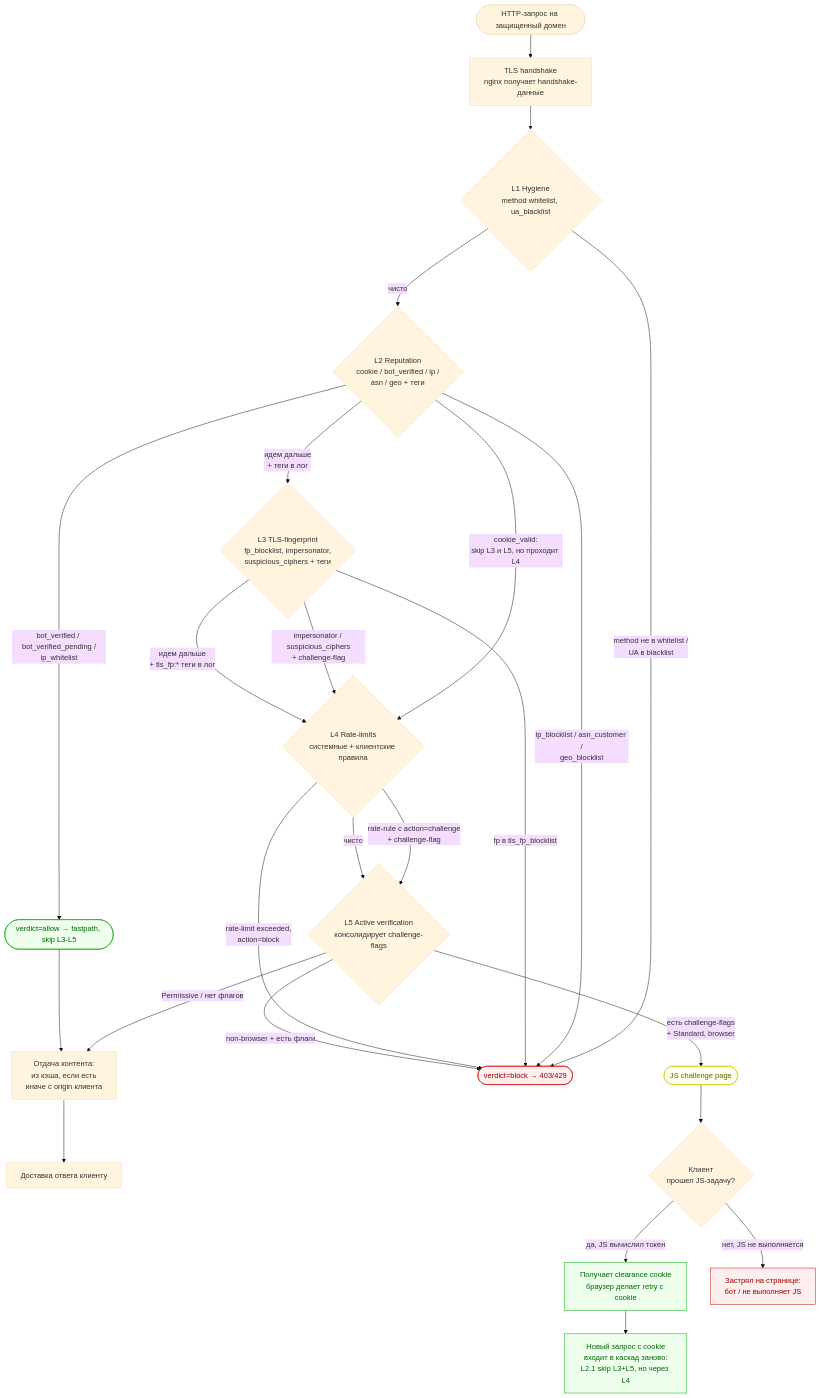
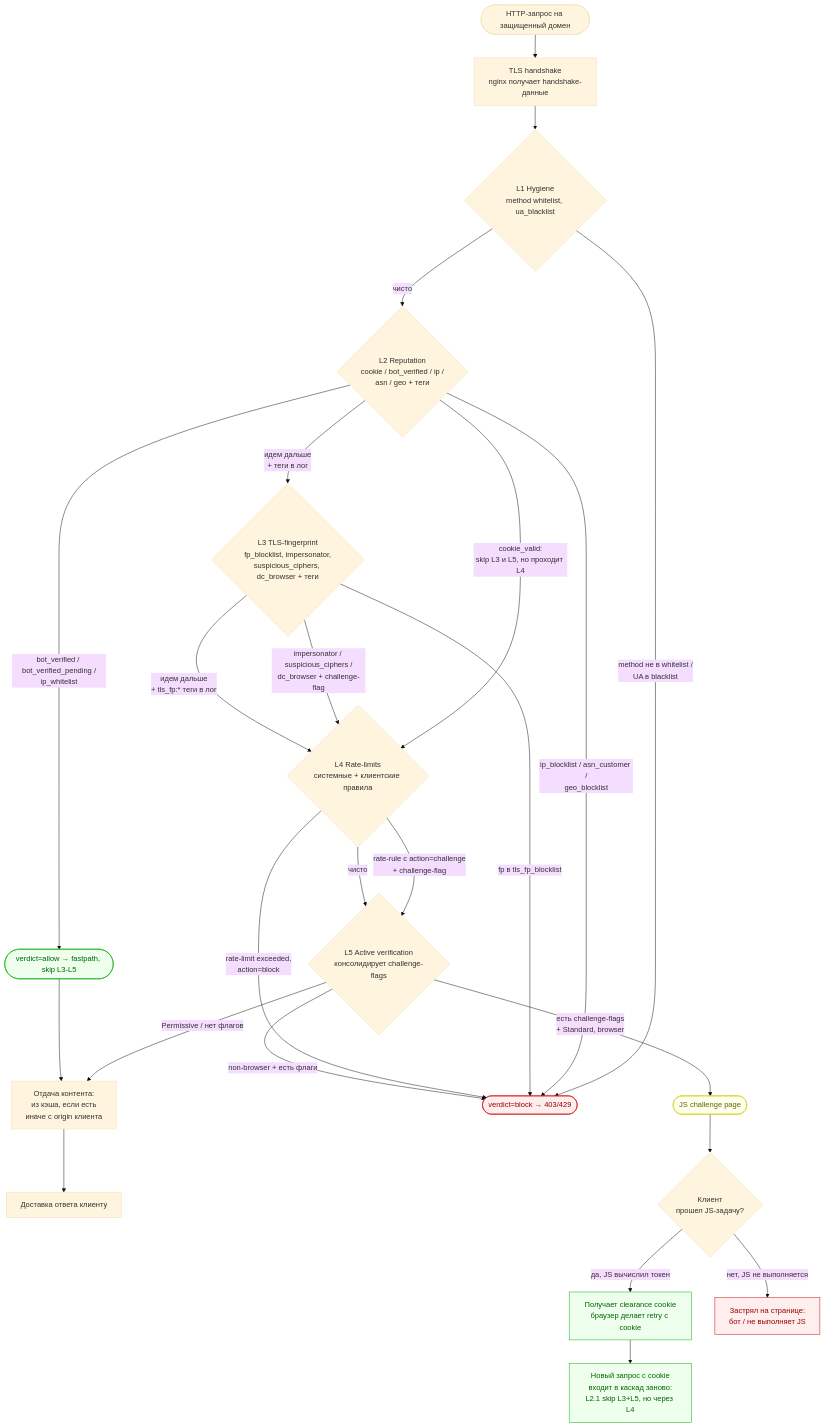
The first of 5 diagrams in docs/product/cascade-diagrams.md (tabularasa31/bot-abuse-controls), drawn with Mermaid (base theme) before and after one commit. The commit also changed 5 other files, not shown here.

First line of the commit message:
docs: promote tls_fp:dc_browser from tag to soft rule (datacenter browser → challenge)

````diff
--- a/docs/product/cascade-diagrams.md
+++ b/docs/product/cascade-diagrams.md
@@ -13,61 +13,61 @@
 ```mermaid
 flowchart TD
     Start([HTTP-запрос на защищенный домен])
     TLS[TLS handshake<br/>nginx получает handshake-данные]
     L1{L1 Hygiene<br/>method whitelist, ua_blacklist}
     L2{L2 Reputation<br/>cookie / bot_verified / ip /<br/>asn / geo + теги}
-    L3{L3 TLS-fingerprint<br/>fp_blocklist, impersonator,<br/>suspicious_ciphers + теги}
+    L3{L3 TLS-fingerprint<br/>fp_blocklist, impersonator,<br/>suspicious_ciphers, dc_browser + теги}
     L4{L4 Rate-limits<br/>системные + клиентские правила}
     L5{L5 Active verification<br/>консолидирует challenge-flags}
     Cache[Отдача контента:<br/>из кэша, если есть<br/>иначе с origin клиента]
     Response[Доставка ответа клиенту]
 
     Block([verdict=block → 403/429])
     Allow([verdict=allow → fastpath, skip L3-L5])
     Challenge([JS challenge page])
     ChOutcome{Клиент<br/>прошел JS-задачу?}
     GetCookie[Получает clearance cookie<br/>браузер делает retry с cookie]
     Stuck[Застрял на странице:<br/>бот / не выполняет JS]
     Retry[Новый запрос с cookie<br/>входит в каскад заново:<br/>L2.1 skip L3+L5, но через L4]
 
     Start --> TLS
     TLS --> L1
     L1 -->|method не в whitelist /<br/>UA в blacklist| Block
     L1 -->|чисто| L2
     L2 -->|bot_verified / bot_verified_pending /<br/>ip_whitelist| Allow
     L2 -->|cookie_valid:<br/>skip L3 и L5, но проходит L4| L4
     L2 -->|идем дальше<br/>+ теги в лог| L3
     L2 -->|ip_blocklist / asn_customer /<br/>geo_blocklist| Block
     L3 -->|fp в tls_fp_blocklist| Block
-    L3 -->|impersonator / suspicious_ciphers<br/>+ challenge-flag| L4
+    L3 -->|impersonator / suspicious_ciphers /<br/>dc_browser + challenge-flag| L4
     L3 -->|идем дальше<br/>+ tls_fp:* теги в лог| L4
     L4 -->|rate-limit exceeded,<br/>action=block| Block
     L4 -->|rate-rule с action=challenge<br/>+ challenge-flag| L5
     L4 -->|чисто| L5
     L5 -->|есть challenge-flags<br/>+ Standard, browser| Challenge
     L5 -->|Permissive / нет флагов| Cache
     L5 -->|non-browser + есть флаги| Block
 
     Challenge --> ChOutcome
     ChOutcome -->|да, JS вычислил токен| GetCookie
     ChOutcome -->|нет, JS не выполняется| Stuck
     GetCookie --> Retry
     %% cookie_valid не дает полного фастпаса: L3 и L5 пропускаются, но L4 (rate-limits) применяется.
     %% Полный skip L3-L5 (нода Allow) — только у bot_verified / bot_verified_pending / ip_whitelist.
 
     Allow --> Cache
     Cache --> Response
     %% Логирование здесь не рисуем: каждый терминальный исход (Response / Block / Challenge)
     %% пишет ровно одну запись лога — см. диаграмму #4 «Data flow в лог».
     %% Stuck отдельно НЕ логируется: исходный запрос уже залогирован как verdict=challenge.
 
     classDef terminalBlock fill:#fee,stroke:#c00,color:#900
     classDef terminalAllow fill:#efe,stroke:#0a0,color:#060
     classDef terminalChallenge fill:#ffe,stroke:#cc0,color:#660
     class Block terminalBlock
     class Stuck terminalBlock
     class Allow terminalAllow
     class GetCookie terminalAllow
     class Retry terminalAllow
     class Challenge terminalChallenge
 ```
````
